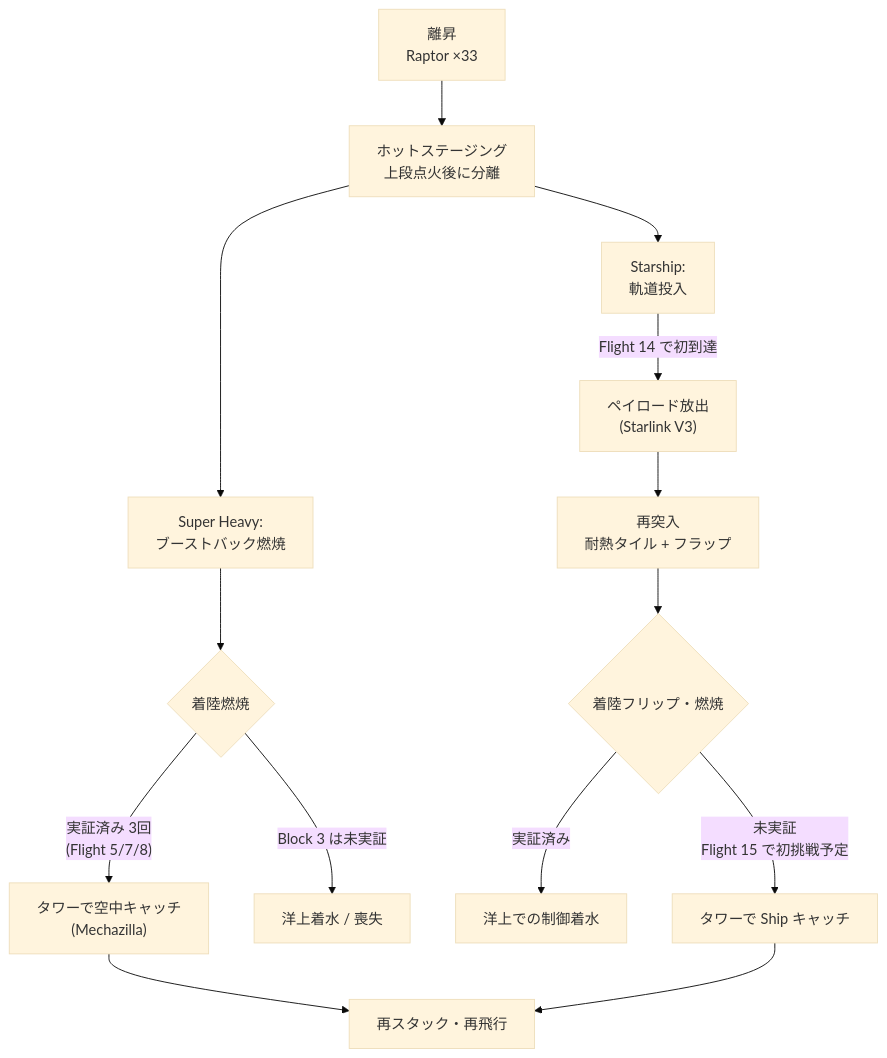
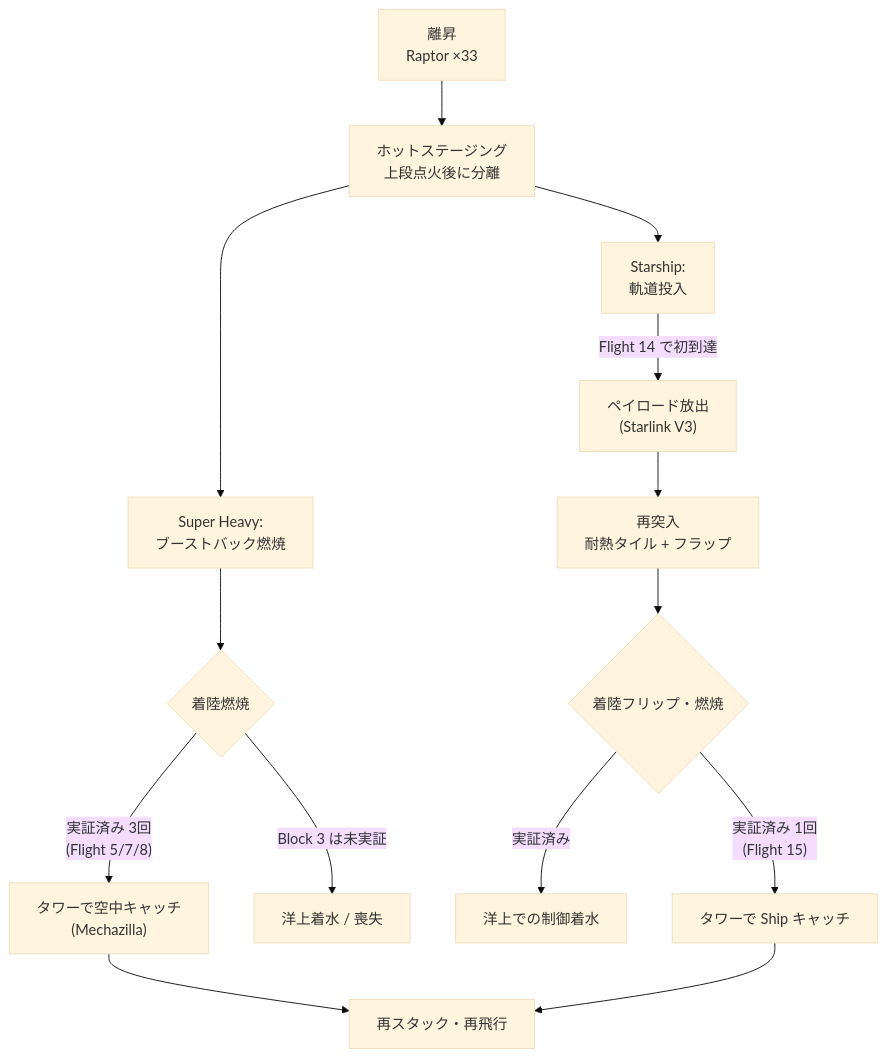
The diagram in engineering/aerospace/spacex-starship-superheavy.md (takukobachi/daedalus), drawn with Mermaid (base theme) before and after one commit. The commit also changed other lines of this file and 3 other files, not shown here.

````diff
--- a/engineering/aerospace/spacex-starship-superheavy.md
+++ b/engineering/aerospace/spacex-starship-superheavy.md
@@ -62,16 +62,16 @@
 ```mermaid
 flowchart TD
     LO["離昇<br/>Raptor ×33"] --> HS["ホットステージング<br/>上段点火後に分離"]
     HS --> BB["Super Heavy:<br/>ブーストバック燃焼"]
     BB --> BL{"着陸燃焼"}
     BL -- "実証済み 3回<br/>(Flight 5/7/8)" --> CATCH["タワーで空中キャッチ<br/>(Mechazilla)"]
     BL -- "Block 3 は未実証" --> SPL1["洋上着水 / 喪失"]
     HS --> ORB["Starship:<br/>軌道投入"]
     ORB -- "Flight 14 で初到達" --> DEP["ペイロード放出<br/>(Starlink V3)"]
     DEP --> RE["再突入<br/>耐熱タイル + フラップ"]
     RE --> SL{"着陸フリップ・燃焼"}
     SL -- "実証済み" --> SPL2["洋上での制御着水"]
-    SL -- "未実証<br/>Flight 15 で初挑戦予定" --> SCATCH["タワーで Ship キャッチ"]
+    SL -- "実証済み 1回<br/>(Flight 15)" --> SCATCH["タワーで Ship キャッチ"]
     CATCH --> REUSE["再スタック・再飛行"]
     SCATCH --> REUSE
 ```
````
